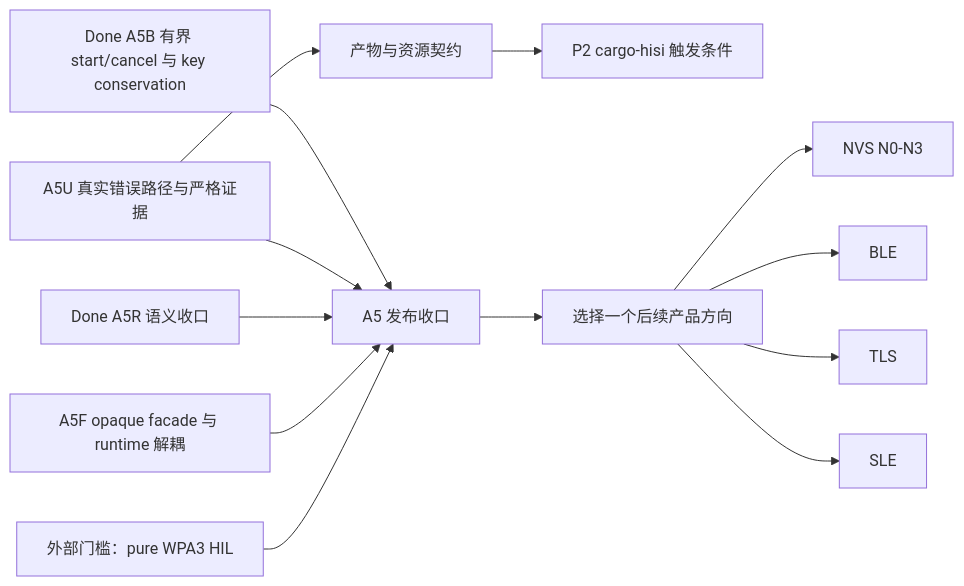
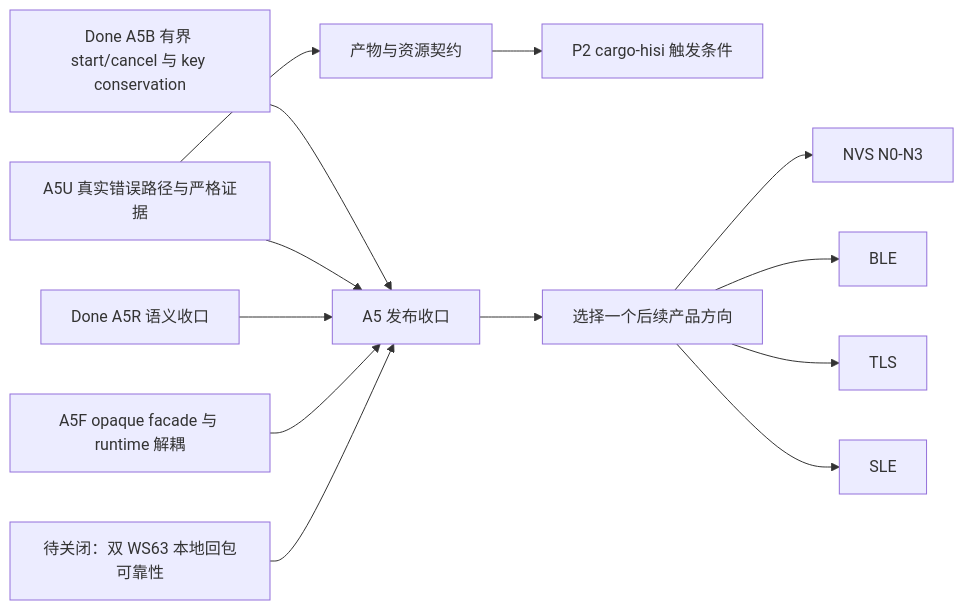
The diagram in docs/plan/README.md (hispark-rs/hisi-riscv-rs), drawn with Mermaid before and after one commit. The commit also changed other lines of this file and 4 other files, not shown here.

````diff
--- a/docs/plan/README.md
+++ b/docs/plan/README.md
@@ -41,15 +41,15 @@
 ```mermaid
 flowchart LR
     A5B["Done A5B 有界 start/cancel 与 key conservation"] --> A5["A5 发布收口"]
     A5U["A5U 真实错误路径与严格证据"] --> A5
     A5U --> REPORT["产物与资源契约"]
     REPORT --> CLI["P2 cargo-hisi 触发条件"]
     A5R["Done A5R 语义收口"] --> A5
     A5F["A5F opaque facade 与 runtime 解耦"] --> A5
-    WPA3["外部门槛：pure WPA3 HIL"] --> A5
+    WPA3["待关闭：双 WS63 本地回包可靠性"] --> A5
     A5 --> PRODUCT["选择一个后续产品方向"]
     PRODUCT --> NVS["NVS N0-N3"]
     PRODUCT --> BLE["BLE"]
     PRODUCT --> TLS["TLS"]
     PRODUCT --> SLE["SLE"]
 ```
````
